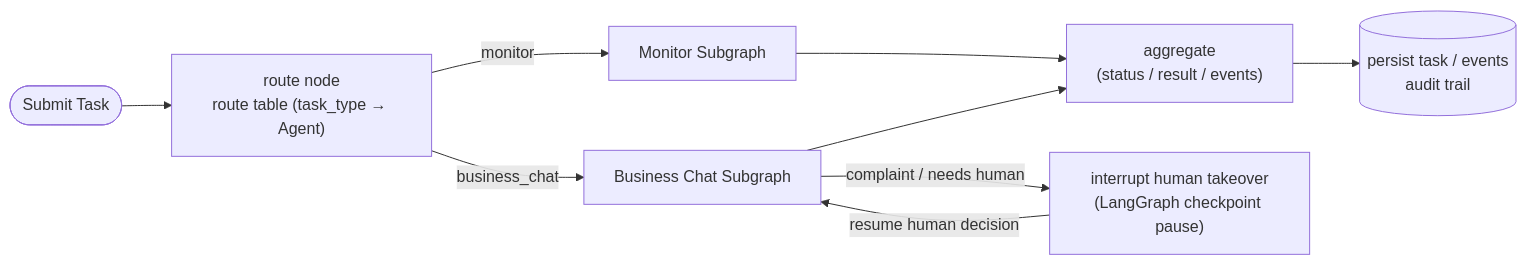
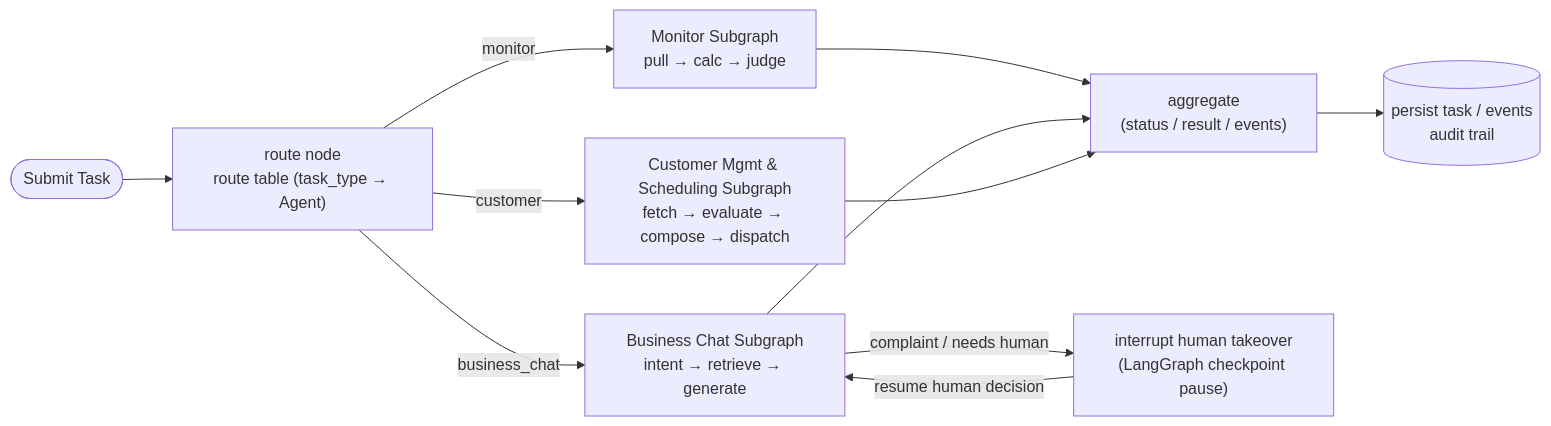
The second of 4 diagrams in server/README.en.md (chain-engine/x-BeiChen), drawn with Mermaid before and after one commit. The commit also changed other lines of this file and 35 other files, not shown here.

````diff
--- a/server/README.en.md
+++ b/server/README.en.md
@@ -241,11 +253,13 @@
 ```mermaid
 flowchart LR
     Start([Submit Task]) --> Route["route node<br>route table (task_type → Agent)"]
-    Route -->|monitor| Sub1["Monitor Subgraph"]
-    Route -->|business_chat| Sub2["Business Chat Subgraph"]
+    Route -->|monitor| Sub1["Monitor Subgraph<br>pull → calc → judge"]
+    Route -->|business_chat| Sub2["Business Chat Subgraph<br>intent → retrieve → generate"]
+    Route -->|customer| Sub3["Customer Mgmt & Scheduling Subgraph<br>fetch → evaluate → compose → dispatch"]
     Sub1 --> Agg["aggregate<br>(status / result / events)"]
     Sub2 --> Agg
+    Sub3 --> Agg
     Agg --> DB[("persist task / events<br>audit trail")]
     Sub2 -->|complaint / needs human| Int["interrupt human takeover<br>(LangGraph checkpoint pause)"]
     Int -->|resume human decision| Sub2
 ```
````
